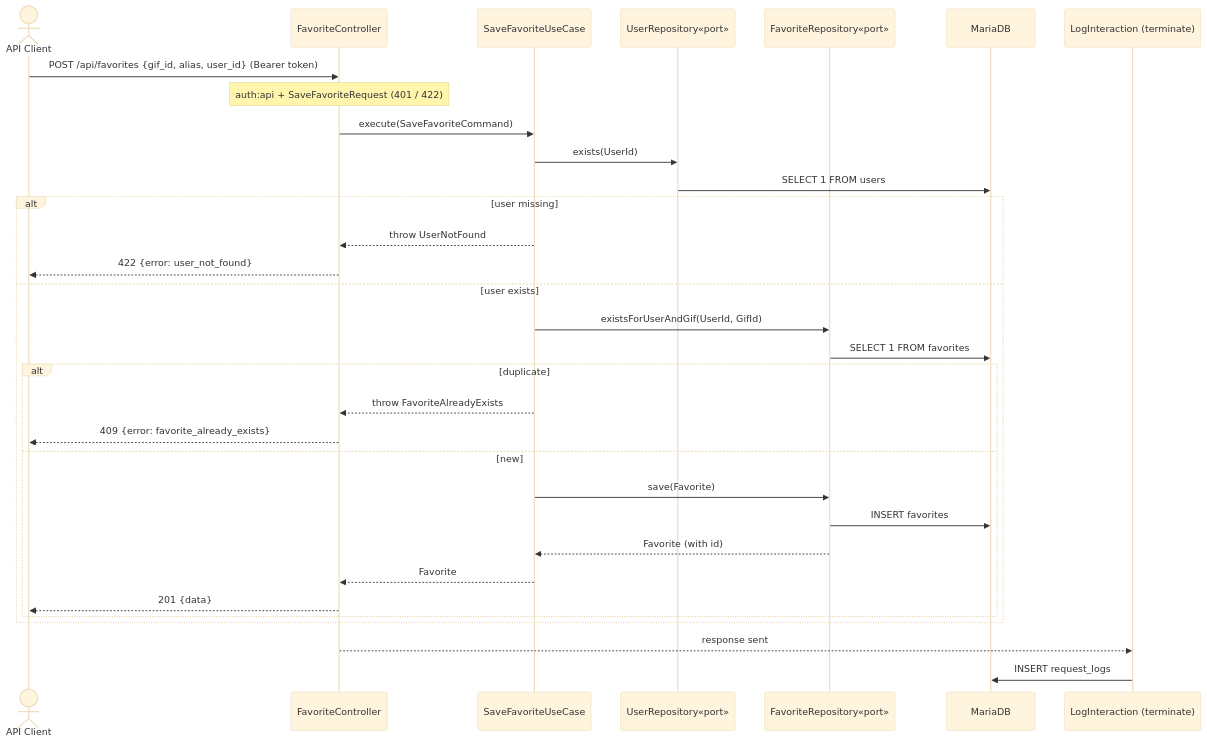
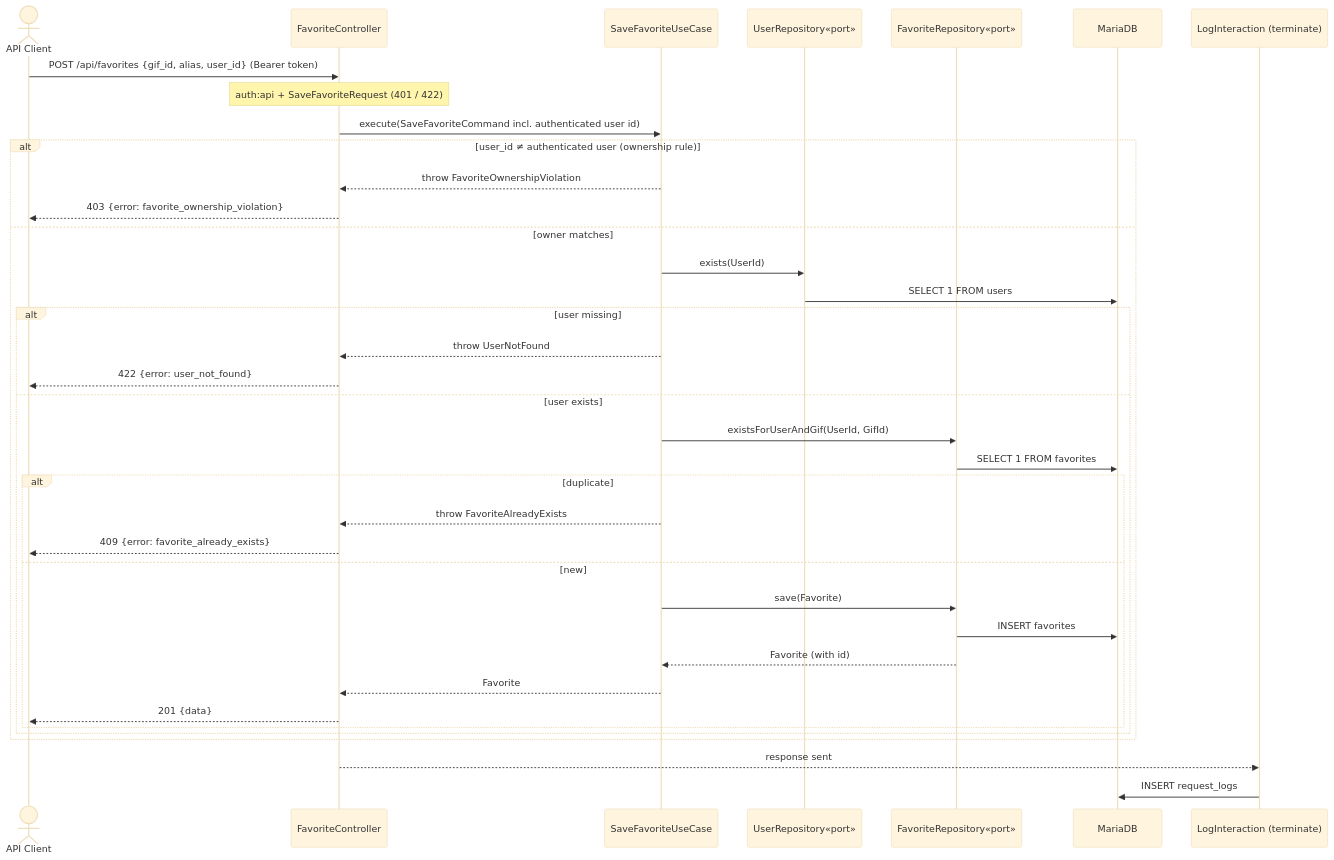
Before and after one commit to SergioRodas/giphy-hexagonal-api: the fifth of 6 diagrams in docs/DIAGRAMS.md, drawn with Mermaid (base theme). The commit also changed other lines of this file and 1 other file, not shown here.

Commit message:
docs(diagrams): reflect the favorites ownership rule (403)
The Save Favorite sequence (Mermaid and PlantUML) now shows the
FavoriteOwnershipViolation branch and notes that the rule lives in the use
case, matching the implementation.

````diff
--- a/docs/DIAGRAMS.md
+++ b/docs/DIAGRAMS.md
@@ -153,35 +153,40 @@
 ```mermaid
 sequenceDiagram
     actor C as API Client
     participant Ctrl as FavoriteController
     participant UC as SaveFavoriteUseCase
     participant UR as UserRepository«port»
     participant FR as FavoriteRepository«port»
     participant DB as MariaDB
     participant LOG as LogInteraction (terminate)
 
     C->>Ctrl: POST /api/favorites {gif_id, alias, user_id} (Bearer token)
     Note over Ctrl: auth:api + SaveFavoriteRequest (401 / 422)
-    Ctrl->>UC: execute(SaveFavoriteCommand)
-    UC->>UR: exists(UserId)
-    UR->>DB: SELECT 1 FROM users
-    alt user missing
-        UC-->>Ctrl: throw UserNotFound
-        Ctrl-->>C: 422 {error: user_not_found}
-    else user exists
-        UC->>FR: existsForUserAndGif(UserId, GifId)
-        FR->>DB: SELECT 1 FROM favorites
-        alt duplicate
-            UC-->>Ctrl: throw FavoriteAlreadyExists
-            Ctrl-->>C: 409 {error: favorite_already_exists}
-        else new
-            UC->>FR: save(Favorite)
-            FR->>DB: INSERT favorites
-            FR-->>UC: Favorite (with id)
-            UC-->>Ctrl: Favorite
-            Ctrl-->>C: 201 {data}
+    Ctrl->>UC: execute(SaveFavoriteCommand incl. authenticated user id)
+    alt user_id ≠ authenticated user (ownership rule)
+        UC-->>Ctrl: throw FavoriteOwnershipViolation
+        Ctrl-->>C: 403 {error: favorite_ownership_violation}
+    else owner matches
+        UC->>UR: exists(UserId)
+        UR->>DB: SELECT 1 FROM users
+        alt user missing
+            UC-->>Ctrl: throw UserNotFound
+            Ctrl-->>C: 422 {error: user_not_found}
+        else user exists
+            UC->>FR: existsForUserAndGif(UserId, GifId)
+            FR->>DB: SELECT 1 FROM favorites
+            alt duplicate
+                UC-->>Ctrl: throw FavoriteAlreadyExists
+                Ctrl-->>C: 409 {error: favorite_already_exists}
+            else new
+                UC->>FR: save(Favorite)
+                FR->>DB: INSERT favorites
+                FR-->>UC: Favorite (with id)
+                UC-->>Ctrl: Favorite
+                Ctrl-->>C: 201 {data}
+            end
         end
     end
     Ctrl-->>LOG: response sent
     LOG->>DB: INSERT request_logs
 ```
````
